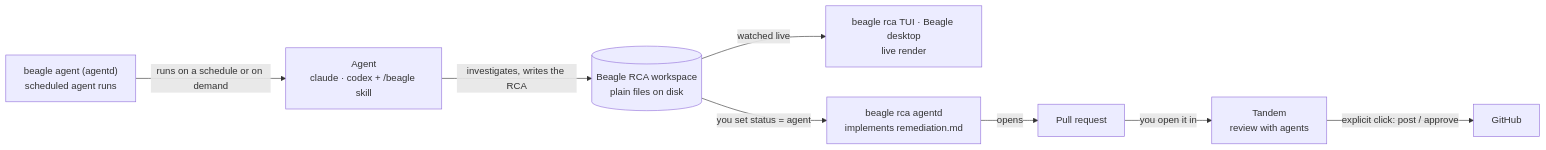
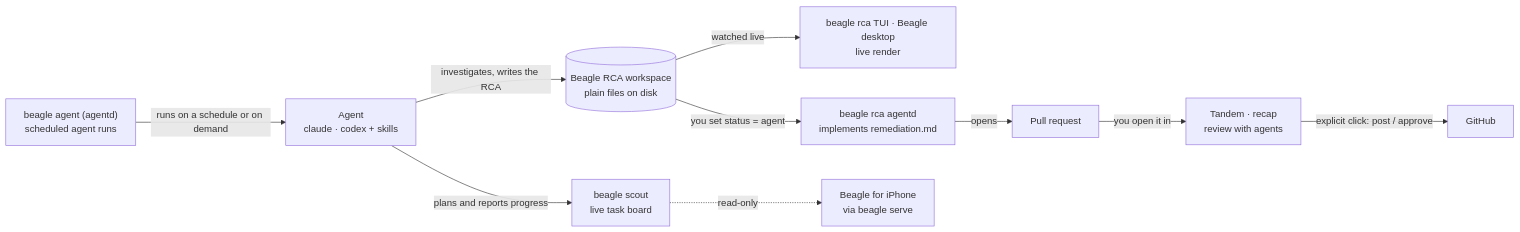
The diagram in README.md (beagle-tools/beagle-tools), drawn with Mermaid before and after one commit. The commit also changed other lines of this file and 31 other files, not shown here.

````diff
--- a/README.md
+++ b/README.md
@@ -136,19 +120,23 @@
 ```mermaid
 flowchart LR
     agentd["beagle agent (agentd)<br/>scheduled agent runs"]
-    agent["Agent<br/>claude · codex + /beagle skill"]
+    agent["Agent<br/>claude · codex + skills"]
+    scout["beagle scout<br/>live task board"]
     rca[("Beagle RCA workspace<br/>plain files on disk")]
     viewer["beagle rca TUI · Beagle desktop<br/>live render"]
     bagentd["beagle rca agentd<br/>implements remediation.md"]
     pr["Pull request"]
-    tandem["Tandem<br/>review with agents"]
+    tandem["Tandem · recap<br/>review with agents"]
     gh["GitHub"]
+    phone["Beagle for iPhone<br/>via beagle serve"]
 
     agentd -- "runs on a schedule or on demand" --> agent
+    agent -- "plans and reports progress" --> scout
     agent -- "investigates, writes the RCA" --> rca
     rca -- "watched live" --> viewer
     rca -- "you set status = agent" --> bagentd
     bagentd -- "opens" --> pr
     pr -- "you open it in" --> tandem
     tandem -- "explicit click: post / approve" --> gh
+    scout -. "read-only" .-> phone
 ```
````
